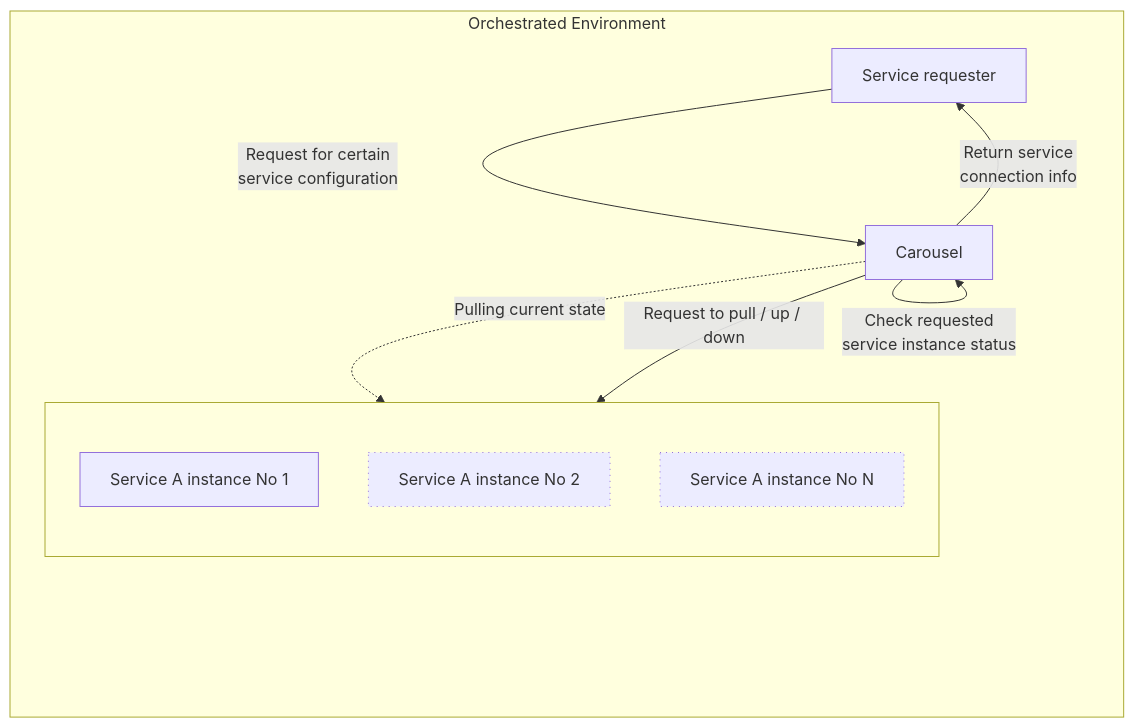
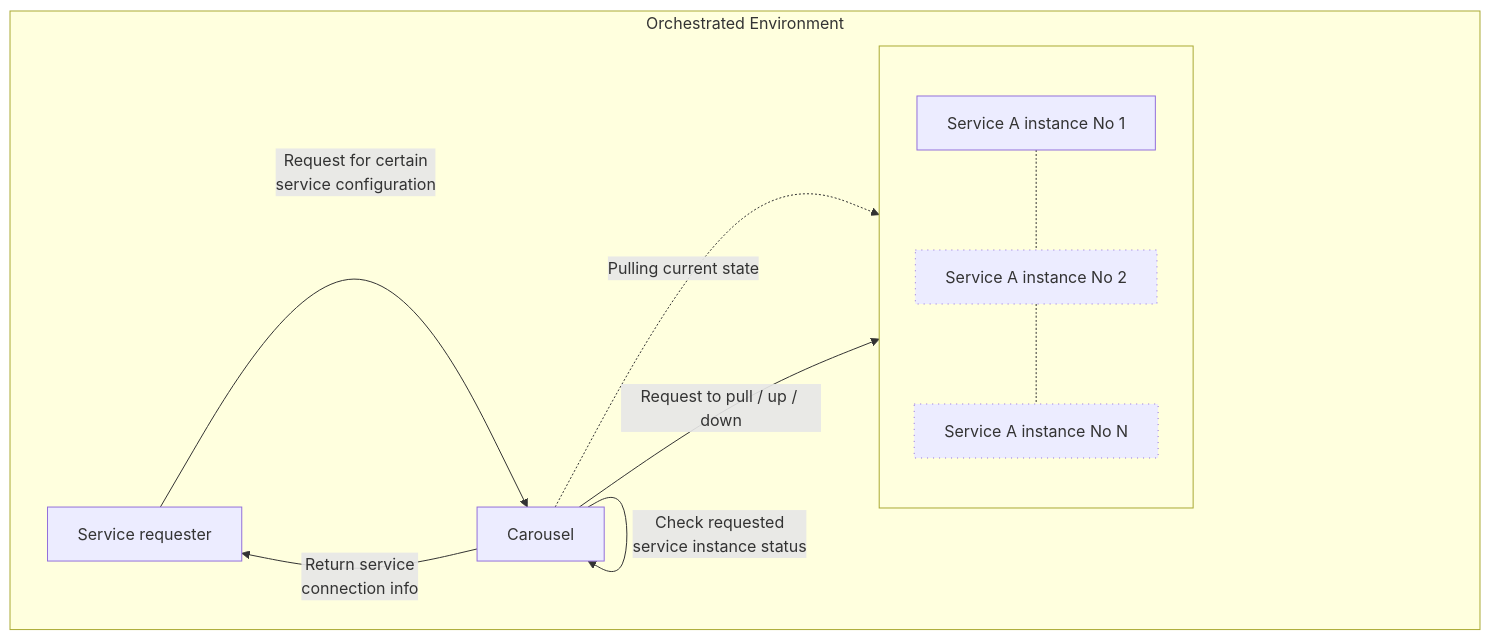
Before and after one commit to maxja/carousel: the diagram in README.md, drawn with Mermaid. The commit also changed 1 other file, not shown here.

Commit message:
chore: add bolerplate main

````diff
--- a/README.md
+++ b/README.md
@@ -15,22 +15,23 @@
 ```mermaid
-flowchart TB
+flowchart LR
   subgraph env ["Orchestrated Environment"]
-    direction TB
+    direction LR
     dm["Service requester"]
     ca["Carousel"]
     dm -- "Request for certain <br /> service configuration" --> ca
     ca -. "Pulling current state" .-> block
     ca -- "Check requested <br /> service instance status" --> ca
     ca -- "Request to pull / up / down" --> block
     ca -- "Return service <br /> connection info" --> dm
     subgraph block [" "]
       direction TB
       i1["Service A instance No 1"]
       i2["Service A instance No 2"]
       in["Service A instance No N"]
+      i1 -.- i2 -.- in
     end
   end
 
   style i2 stroke-width:1px,stroke-dasharray: 1 5
   style in stroke-width:1px,stroke-dasharray: 1 5
 ```
````
